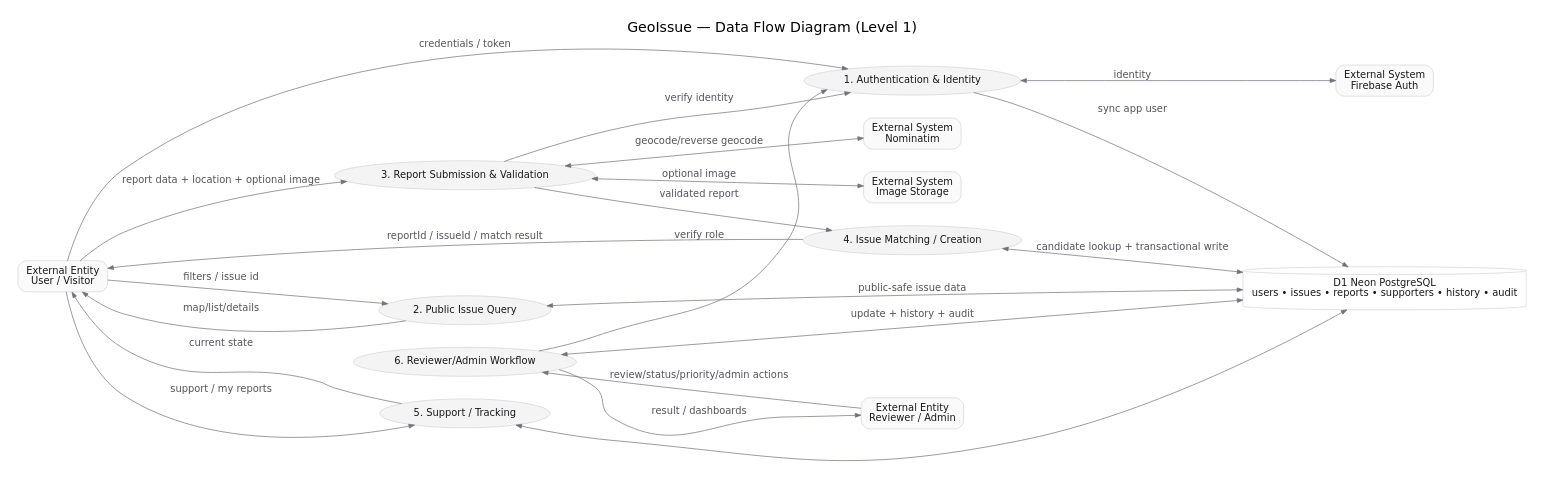
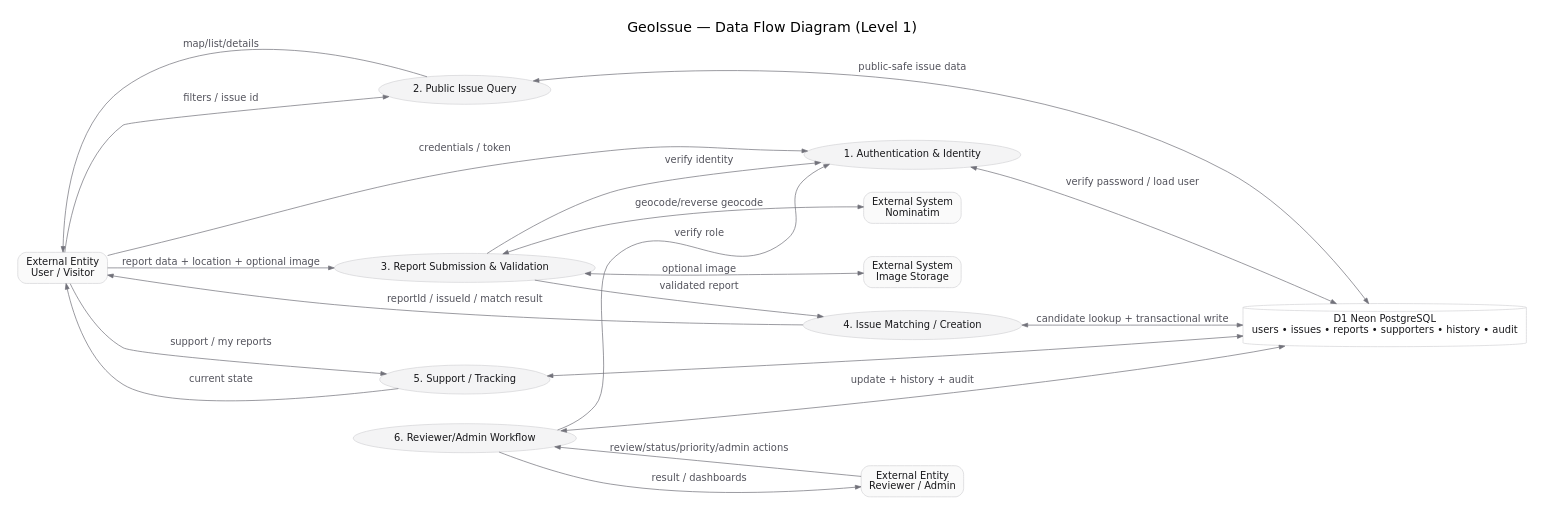
The diagram in docs/reference/diagrams/06_Data_Flow_DFD_Level_1.dot (ff7hpp/GeoIssue), drawn with Graphviz before and after one commit. The commit also changed 56 other files, not shown here.

```diff
--- a/docs/reference/diagrams/06_Data_Flow_DFD_Level_1.dot
+++ b/docs/reference/diagrams/06_Data_Flow_DFD_Level_1.dot
@@ -1,41 +1,38 @@
 digraph G {
 
     graph [fontname="DejaVu Sans", bgcolor="white", pad="0.25", nodesep="0.45", ranksep="0.60"];
     node  [fontname="DejaVu Sans", shape=box, style="rounded,filled", fillcolor="#FAFAFA", color="#D4D4D8", fontcolor="#18181B", margin="0.16,0.10"];
     edge  [fontname="DejaVu Sans", color="#71717A", fontcolor="#52525B", arrowsize="0.8"];
 
 rankdir=LR; labelloc="t"; label="GeoIssue — Data Flow Diagram (Level 1)"; fontsize=20;
 node [shape=box];
 user [label="External Entity
 User / Visitor"];
 reviewer [label="External Entity
 Reviewer / Admin"];
-firebase [label="External System
-Firebase Auth"];
 nominatim [label="External System
 Nominatim"];
 storage [label="External System
 Image Storage"];
 node [shape=ellipse, fillcolor="#F4F4F5"];
 p1 [label="1. Authentication & Identity"];
 p2 [label="2. Public Issue Query"];
 p3 [label="3. Report Submission & Validation"];
 p4 [label="4. Issue Matching / Creation"];
 p5 [label="5. Support / Tracking"];
 p6 [label="6. Reviewer/Admin Workflow"];
 node [shape=cylinder, fillcolor="#FFFFFF"];
 db [label="D1 Neon PostgreSQL
 users • issues • reports • supporters • history • audit"];
 user -> p1 [label="credentials / token"];
-p1 -> firebase [dir=both, label="identity"];
-p1 -> db [label="sync app user"];
+p1 -> db [dir=both, label="verify password / load user"];
 user -> p2 [label="filters / issue id"]; p2 -> db [dir=both, label="public-safe issue data"]; p2 -> user [label="map/list/details"];
 user -> p3 [label="report data + location + optional image"]; p3 -> p1 [label="verify identity"];
 p3 -> nominatim [dir=both, label="geocode/reverse geocode"];
 p3 -> storage [dir=both, label="optional image"];
 p3 -> p4 [label="validated report"];
 p4 -> db [dir=both, label="candidate lookup + transactional write"];
 p4 -> user [label="reportId / issueId / match result"];
 user -> p5 [label="support / my reports"]; p5 -> db [dir=both]; p5 -> user [label="current state"];
 reviewer -> p6 [label="review/status/priority/admin actions"]; p6 -> p1 [label="verify role"]; p6 -> db [dir=both, label="update + history + audit"]; p6 -> reviewer [label="result / dashboards"];
 }
```
